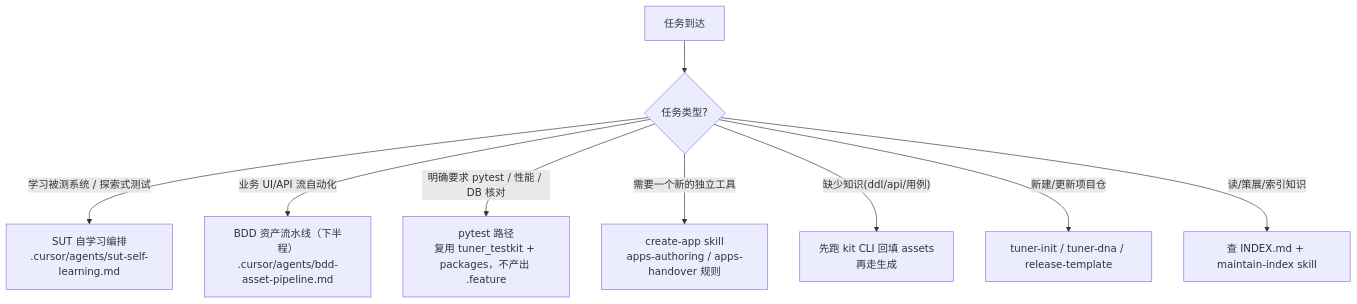
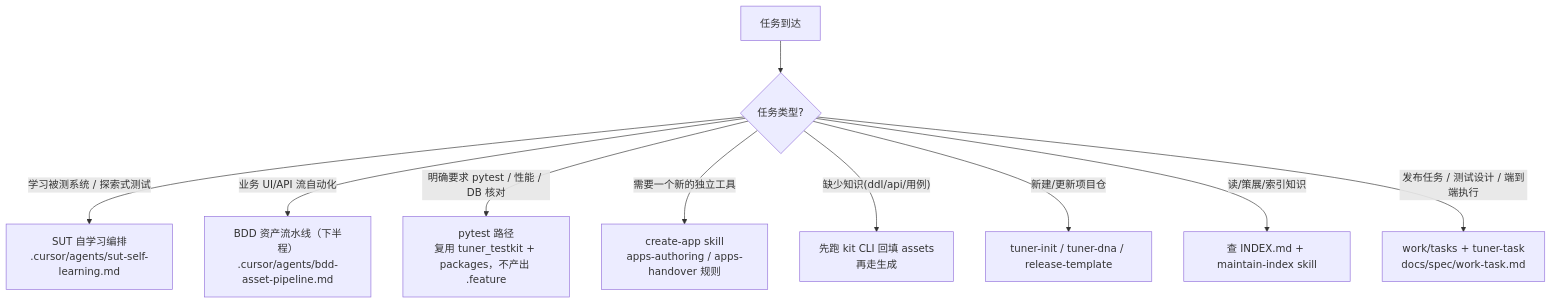
One commit to chenjianpeng97/Repo-as-a-TestPlatform changed the diagram in AGENTS.md. Above: the diagram before and after it, drawn with Mermaid. The commit also changed other lines of this file and 35 other files, not shown here.

First line of the commit message:
feat(apps,packages,init_repo,docs,rules,skills,hooks,index): add work tasks, test design, and human questions

````diff
--- a/AGENTS.md
+++ b/AGENTS.md
@@ -43,11 +43,12 @@
 ```mermaid
 flowchart TD
   Start[任务到达] --> Q{任务类型?}
   Q -->|"学习被测系统 / 探索式测试"| Learn["SUT 自学习编排\n.cursor/agents/sut-self-learning.md"]
   Q -->|"业务 UI/API 流自动化"| BDD["BDD 资产流水线（下半程）\n.cursor/agents/bdd-asset-pipeline.md"]
   Q -->|"明确要求 pytest / 性能 / DB 核对"| Pytest["pytest 路径\n复用 tuner_testkit + packages，不产出 .feature"]
   Q -->|"需要一个新的独立工具"| App["create-app skill\napps-authoring / apps-handover 规则"]
   Q -->|"缺少知识(ddl/api/用例)"| Know["先跑 kit CLI 回填 assets\n再走生成"]
   Q -->|"新建/更新项目仓"| Init["tuner-init / tuner-dna / release-template"]
   Q -->|"读/策展/索引知识"| Idx["查 INDEX.md + maintain-index skill"]
+  Q -->|"发布任务 / 测试设计 / 端到端执行"| Task["work/tasks + tuner-task\ndocs/spec/work-task.md"]
 ```
````
